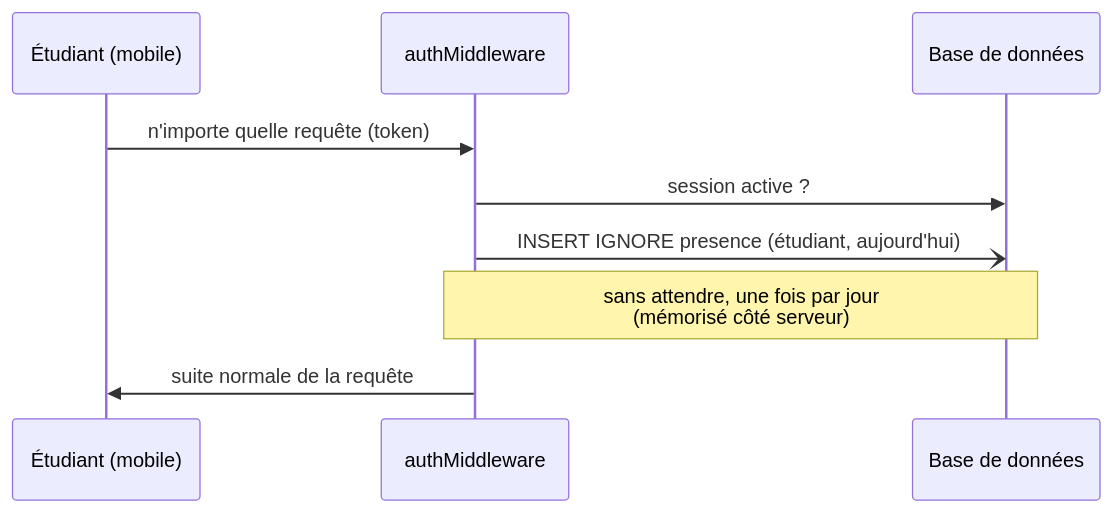
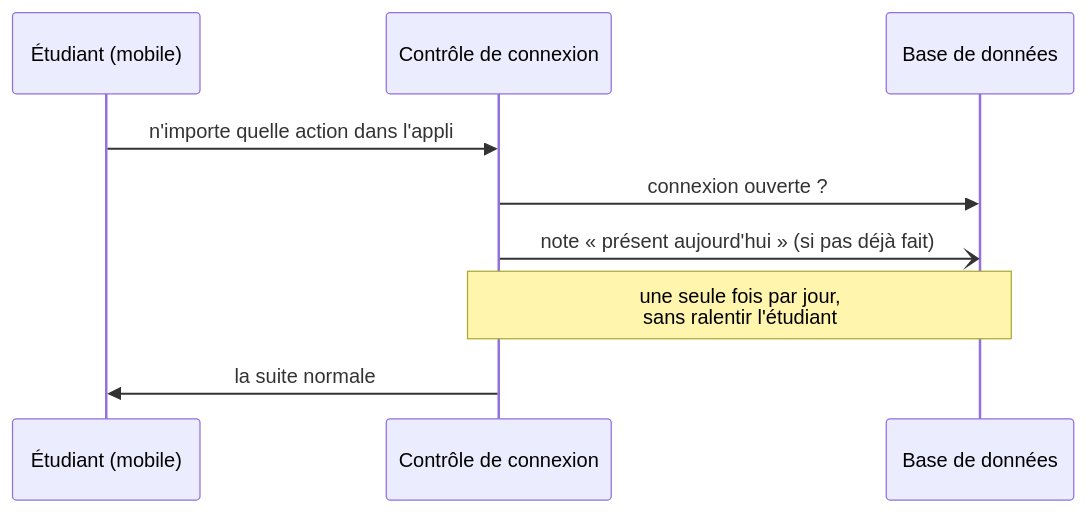
Before and after one commit to eliaTolojanahary/gestionFormation_stage: diagram 18 of 23 in FLUX-APPLICATION.md, drawn with Mermaid. The commit also changed other lines of this file and 69 other files, not shown here.

````diff
--- a/FLUX-APPLICATION.md
+++ b/FLUX-APPLICATION.md
@@ -1090,11 +1563,11 @@
 ```mermaid
 sequenceDiagram
     participant E as Étudiant (mobile)
-    participant M as authMiddleware
+    participant M as Contrôle de connexion
     participant DB as Base de données
-    E->>M: n'importe quelle requête (token)
-    M->>DB: session active ?
-    M-)DB: INSERT IGNORE presence (étudiant, aujourd'hui)
-    Note over M,DB: sans attendre, une fois par jour<br/>(mémorisé côté serveur)
-    M->>E: suite normale de la requête
+    E->>M: n'importe quelle action dans l'appli
+    M->>DB: connexion ouverte ?
+    M-)DB: note « présent aujourd'hui » (si pas déjà fait)
+    Note over M,DB: une seule fois par jour,<br/>sans ralentir l'étudiant
+    M->>E: la suite normale
 ```
````
